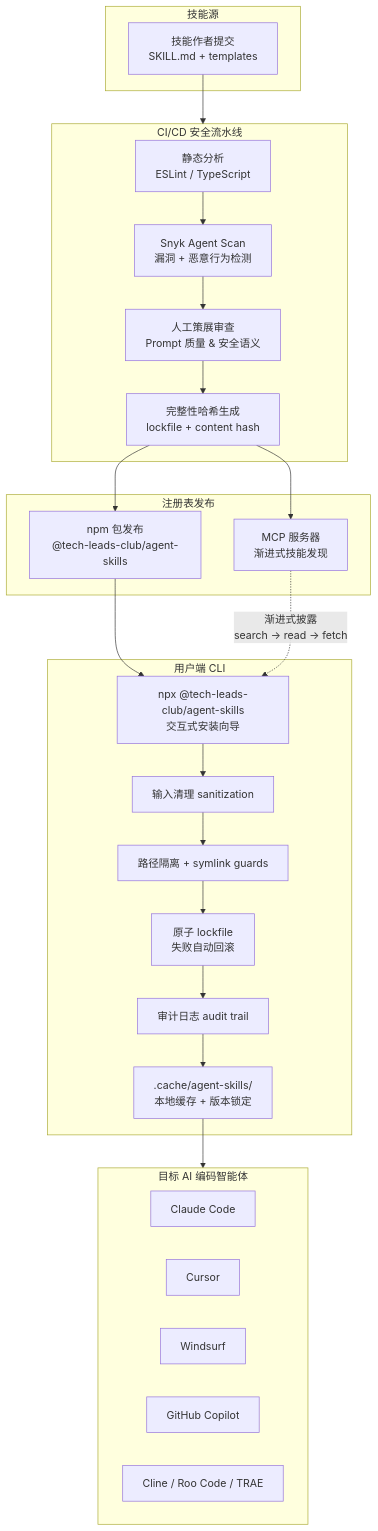
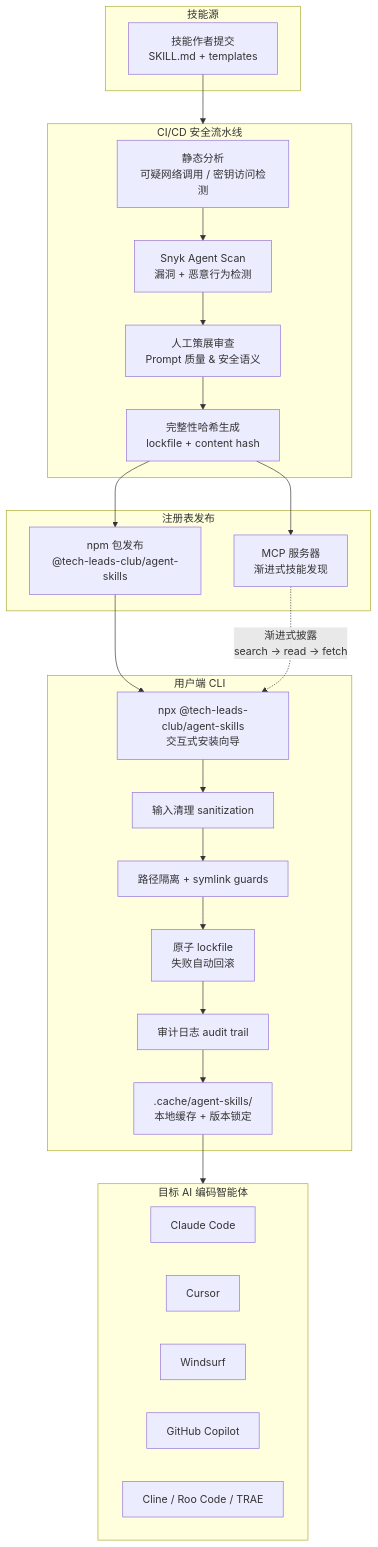
The diagram in content/posts/tech/agent-skills-secure-validated-skill-registry.md (A1pha3/text-matrix), drawn with Mermaid before and after one commit. The commit also changed other lines of this file and 227 other files, not shown here.

````diff
--- a/content/posts/tech/agent-skills-secure-validated-skill-registry.md
+++ b/content/posts/tech/agent-skills-secure-validated-skill-registry.md
@@ -69,44 +70,44 @@
 ```mermaid
 flowchart TB
     subgraph Source["技能源"]
         A["技能作者提交<br/>SKILL.md + templates"]
     end
 
     subgraph Pipeline["CI/CD 安全流水线"]
-        B["静态分析<br/>ESLint / TypeScript"]
+        B["静态分析<br/>可疑网络调用 / 密钥访问检测"]
         C["Snyk Agent Scan<br/>漏洞 + 恶意行为检测"]
         D["人工策展审查<br/>Prompt 质量 & 安全语义"]
         E["完整性哈希生成<br/>lockfile + content hash"]
         B --> C --> D --> E
     end
 
     subgraph Registry["注册表发布"]
         F["npm 包发布<br/>@tech-leads-club/agent-skills"]
         G["MCP 服务器<br/>渐进式技能发现"]
     end
 
     subgraph Client["用户端 CLI"]
         H["npx @tech-leads-club/agent-skills<br/>交互式安装向导"]
         I["输入清理 sanitization"]
         J["路径隔离 + symlink guards"]
         K["原子 lockfile<br/>失败自动回滚"]
         L["审计日志 audit trail"]
         M[".cache/agent-skills/<br/>本地缓存 + 版本锁定"]
         H --> I --> J --> K --> L --> M
     end
 
     subgraph Agents["目标 AI 编码智能体"]
         N["Claude Code"]
         O["Cursor"]
         P["Windsurf"]
         Q["GitHub Copilot"]
         R["Cline / Roo Code / TRAE"]
     end
 
     A --> Pipeline
     E --> F
     E --> G
     F --> H
     G -.->|"渐进式披露<br/>search → read → fetch"| H
     M --> Agents
 ```
````
